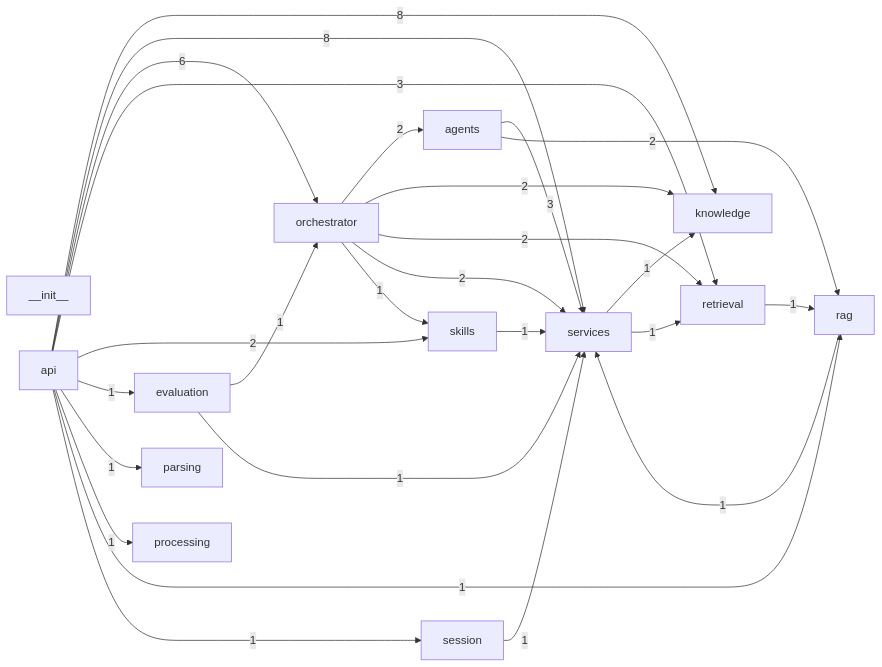
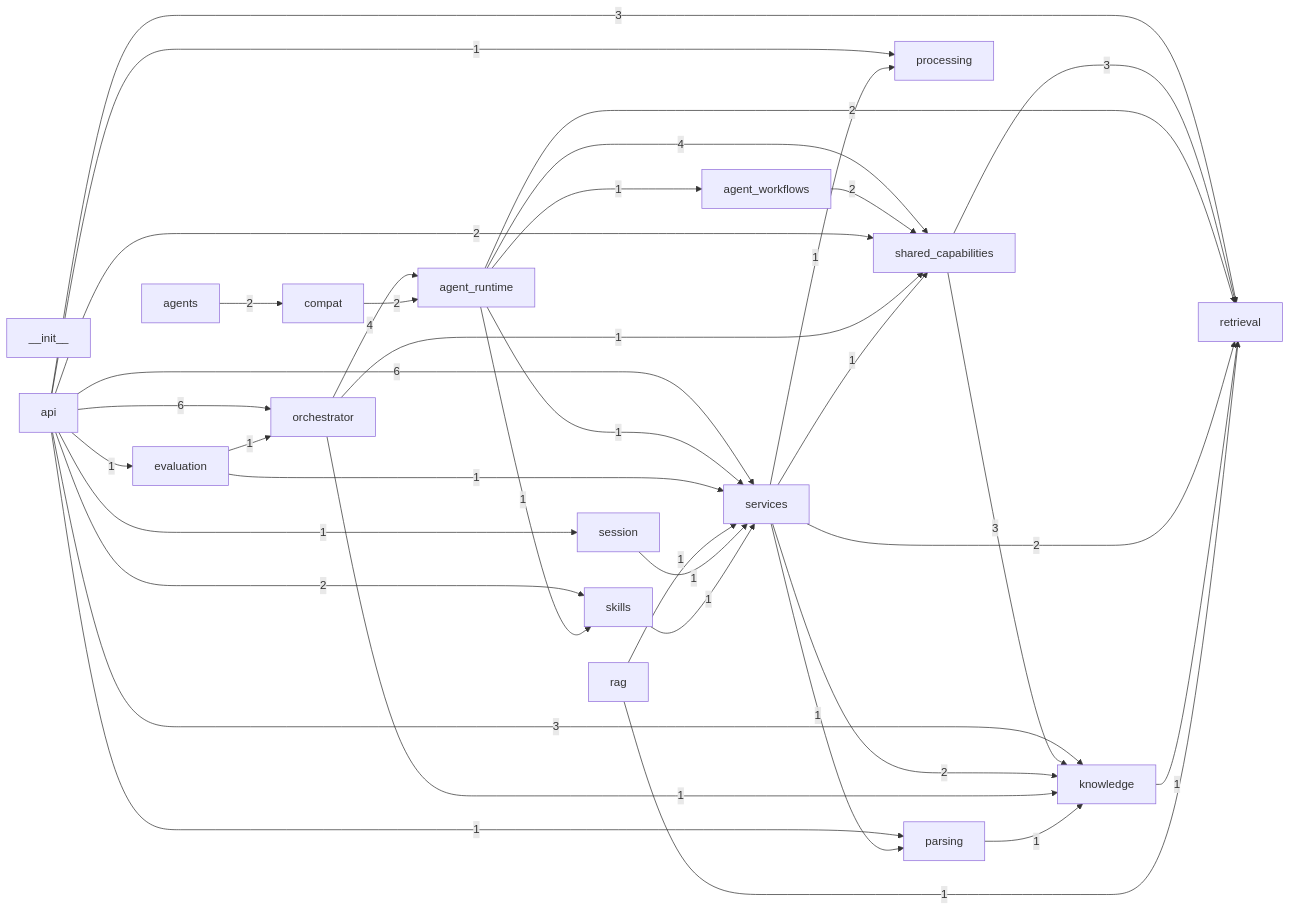
One commit to qwerzbn/writingbot changed the diagram in docs/upgrade/module-dependency-graph.md. Above: the diagram before and after it, drawn with Mermaid. The commit also changed other lines of this file and 115 other files, not shown here.

````diff
--- a/docs/upgrade/module-dependency-graph.md
+++ b/docs/upgrade/module-dependency-graph.md
@@ -16,41 +16,56 @@
 ```mermaid
 flowchart LR
   __INIT__["__init__"]
+  AGENT_RUNTIME["agent_runtime"]
+  AGENT_WORKFLOWS["agent_workflows"]
   AGENTS["agents"]
   API["api"]
+  COMPAT["compat"]
   EVALUATION["evaluation"]
   KNOWLEDGE["knowledge"]
   ORCHESTRATOR["orchestrator"]
   PARSING["parsing"]
   PROCESSING["processing"]
   RAG["rag"]
   RETRIEVAL["retrieval"]
   SERVICES["services"]
   SESSION["session"]
+  SHARED_CAPABILITIES["shared_capabilities"]
   SKILLS["skills"]
-  API -->|8| KNOWLEDGE
-  API -->|8| SERVICES
   API -->|6| ORCHESTRATOR
-  AGENTS -->|3| SERVICES
+  API -->|6| SERVICES
+  AGENT_RUNTIME -->|4| SHARED_CAPABILITIES
+  ORCHESTRATOR -->|4| AGENT_RUNTIME
+  API -->|3| KNOWLEDGE
   API -->|3| RETRIEVAL
-  AGENTS -->|2| RAG
+  SHARED_CAPABILITIES -->|3| KNOWLEDGE
+  SHARED_CAPABILITIES -->|3| RETRIEVAL
+  AGENT_RUNTIME -->|2| RETRIEVAL
+  AGENT_WORKFLOWS -->|2| SHARED_CAPABILITIES
+  AGENTS -->|2| COMPAT
+  API -->|2| SHARED_CAPABILITIES
   API -->|2| SKILLS
-  ORCHESTRATOR -->|2| AGENTS
-  ORCHESTRATOR -->|2| KNOWLEDGE
-  ORCHESTRATOR -->|2| RETRIEVAL
-  ORCHESTRATOR -->|2| SERVICES
+  COMPAT -->|2| AGENT_RUNTIME
+  SERVICES -->|2| KNOWLEDGE
+  SERVICES -->|2| RETRIEVAL
+  AGENT_RUNTIME -->|1| AGENT_WORKFLOWS
+  AGENT_RUNTIME -->|1| SERVICES
+  AGENT_RUNTIME -->|1| SKILLS
   API -->|1| EVALUATION
   API -->|1| PARSING
   API -->|1| PROCESSING
-  API -->|1| RAG
   API -->|1| SESSION
   EVALUATION -->|1| ORCHESTRATOR
   EVALUATION -->|1| SERVICES
-  ORCHESTRATOR -->|1| SKILLS
+  KNOWLEDGE -->|1| RETRIEVAL
+  ORCHESTRATOR -->|1| KNOWLEDGE
+  ORCHESTRATOR -->|1| SHARED_CAPABILITIES
+  PARSING -->|1| KNOWLEDGE
+  RAG -->|1| RETRIEVAL
   RAG -->|1| SERVICES
-  RETRIEVAL -->|1| RAG
-  SERVICES -->|1| KNOWLEDGE
-  SERVICES -->|1| RETRIEVAL
+  SERVICES -->|1| PARSING
+  SERVICES -->|1| PROCESSING
+  SERVICES -->|1| SHARED_CAPABILITIES
   SESSION -->|1| SERVICES
   SKILLS -->|1| SERVICES
 ```
````
